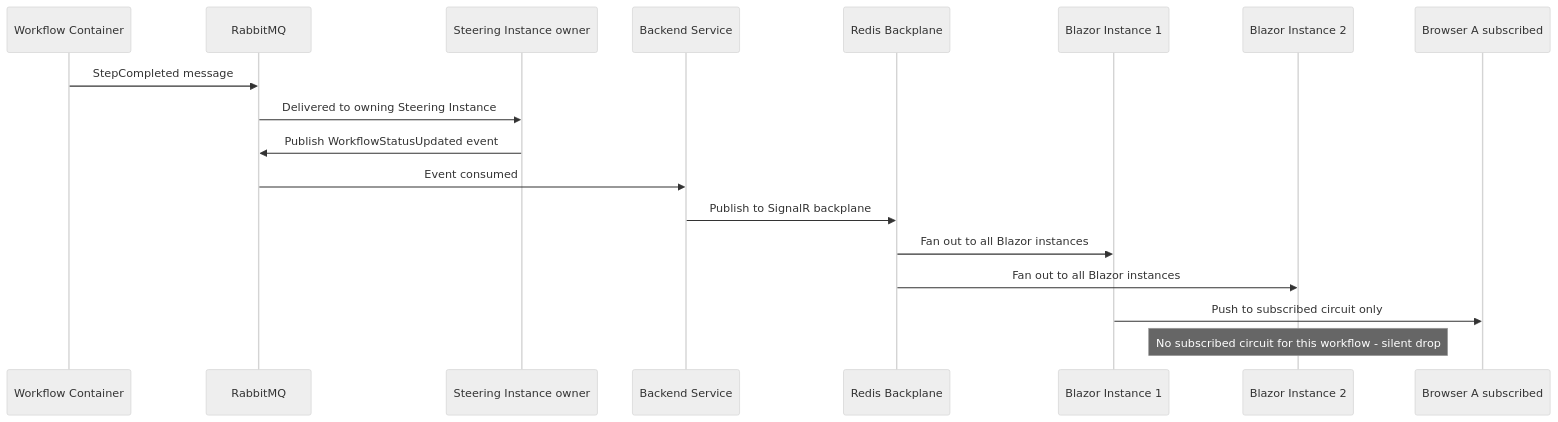
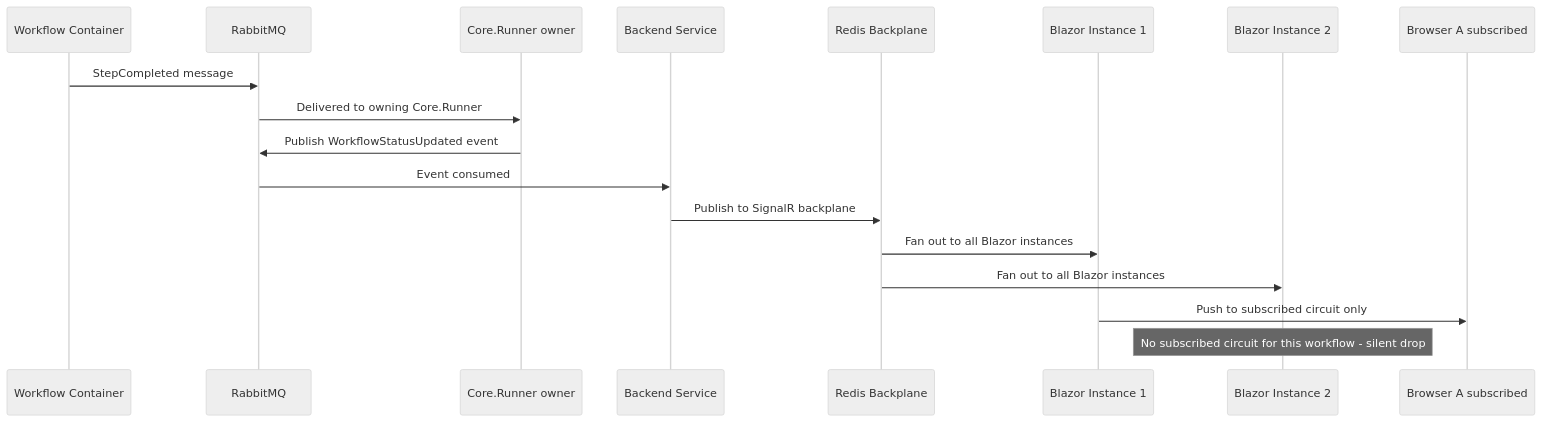
One commit to FelixKlakow/Auxilia changed diagram 11 of 13 in ARCHITECTURE.md. Above: the diagram before and after it, drawn with Mermaid (neutral theme). The commit also changed other lines of this file and 4 other files, not shown here.

First line of the commit message:
docs: rewrite ARCHITECTURE to the three-deployable model

````diff
--- a/ARCHITECTURE.md
+++ b/ARCHITECTURE.md
@@ -769,20 +790,20 @@
 ```mermaid
 sequenceDiagram
     participant WF as Workflow Container
     participant BUS as RabbitMQ
-    participant SI as Steering Instance owner
+    participant SI as Core.Runner owner
     participant BE as Backend Service
     participant REDIS as Redis Backplane
     participant BS1 as Blazor Instance 1
     participant BS2 as Blazor Instance 2
     participant UA as Browser A subscribed
     WF->>BUS: StepCompleted message
-    BUS->>SI: Delivered to owning Steering Instance
+    BUS->>SI: Delivered to owning Core.Runner
     SI->>BUS: Publish WorkflowStatusUpdated event
     BUS->>BE: Event consumed
     BE->>REDIS: Publish to SignalR backplane
     REDIS->>BS1: Fan out to all Blazor instances
     REDIS->>BS2: Fan out to all Blazor instances
     BS1->>UA: Push to subscribed circuit only
     Note over BS2: No subscribed circuit for this workflow - silent drop
 ```
````
